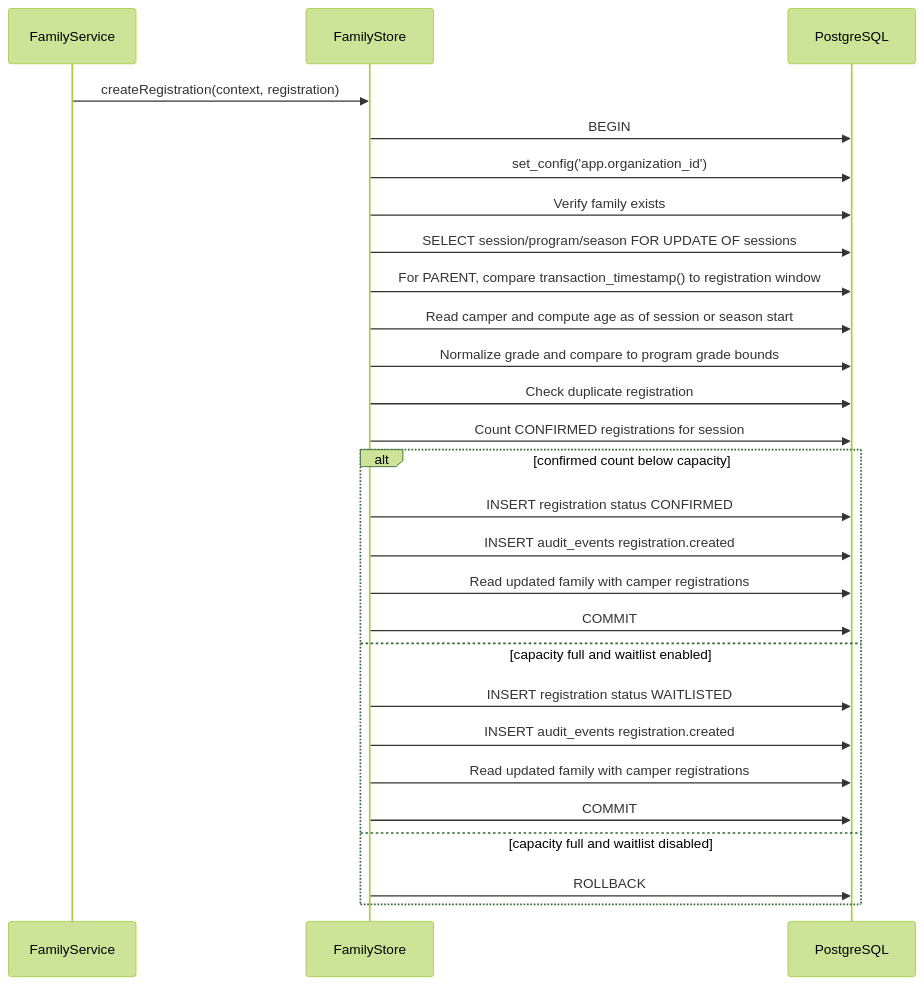
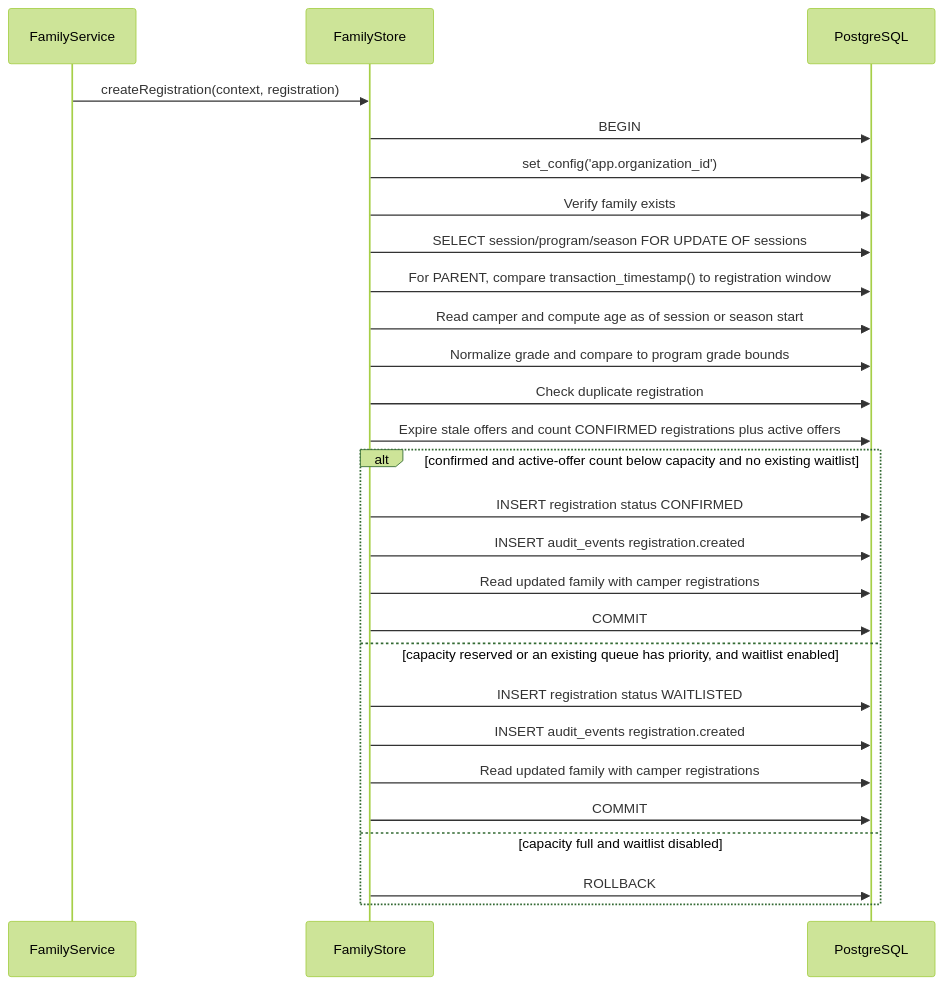
Diagram 12 of 13 in docs/data-flow-and-process-flows.md (jrcarrera/camp-registration), drawn with Mermaid (forest theme) before and after one commit. The commit also changed other lines of this file and 20 other files, not shown here.

First line of the commit message:
feat(waitlist): implement waitlist offer functionality

````diff
--- a/docs/data-flow-and-process-flows.md
+++ b/docs/data-flow-and-process-flows.md
@@ -636,30 +644,30 @@
 ```mermaid
 sequenceDiagram
     participant Service as FamilyService
     participant Store as FamilyStore
     participant DB as PostgreSQL
 
     Service->>Store: createRegistration(context, registration)
     Store->>DB: BEGIN
     Store->>DB: set_config('app.organization_id')
     Store->>DB: Verify family exists
     Store->>DB: SELECT session/program/season FOR UPDATE OF sessions
     Store->>DB: For PARENT, compare transaction_timestamp() to registration window
     Store->>DB: Read camper and compute age as of session or season start
     Store->>DB: Normalize grade and compare to program grade bounds
     Store->>DB: Check duplicate registration
-    Store->>DB: Count CONFIRMED registrations for session
-    alt confirmed count below capacity
+    Store->>DB: Expire stale offers and count CONFIRMED registrations plus active offers
+    alt confirmed and active-offer count below capacity and no existing waitlist
         Store->>DB: INSERT registration status CONFIRMED
         Store->>DB: INSERT audit_events registration.created
         Store->>DB: Read updated family with camper registrations
         Store->>DB: COMMIT
-    else capacity full and waitlist enabled
+    else capacity reserved or an existing queue has priority, and waitlist enabled
         Store->>DB: INSERT registration status WAITLISTED
         Store->>DB: INSERT audit_events registration.created
         Store->>DB: Read updated family with camper registrations
         Store->>DB: COMMIT
     else capacity full and waitlist disabled
         Store->>DB: ROLLBACK
     end
 ```
````
